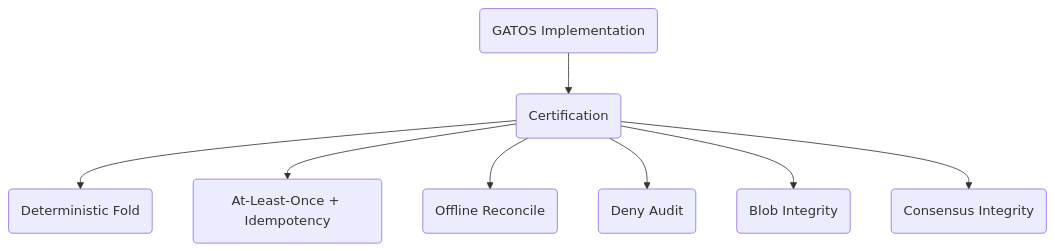
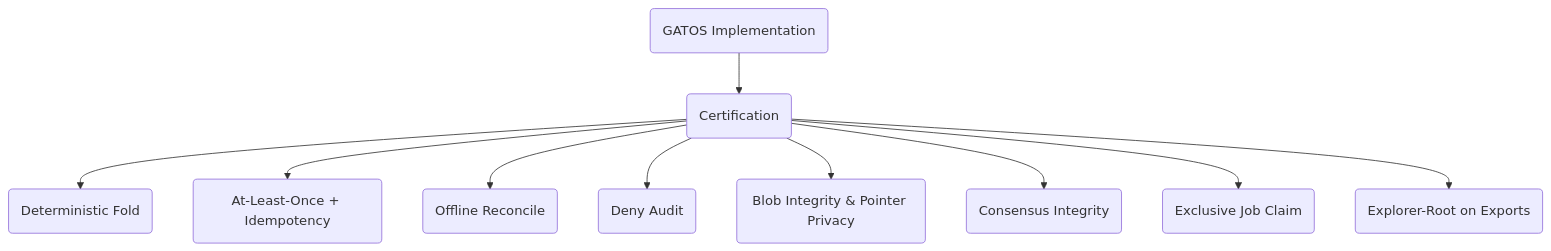
One commit to flyingrobots/gatos changed diagram 17 of 21 in docs/SPEC.md. Above: the diagram before and after it, drawn with Mermaid. The commit also changed other lines of this file and 2 other files, not shown here.

Commit message:
docs(diagrams): canonicalize architecture diagrams — Ledger → Policy/Trust → State → Message → Job; switch CLI labels to 'git gatos (CLI)'

````diff
--- a/docs/SPEC.md
+++ b/docs/SPEC.md
@@ -622,10 +622,12 @@
 ```mermaid
 graph TD
     A(GATOS Implementation) --> B(Certification);
     B --> C(Deterministic Fold);
     B --> D(At-Least-Once + Idempotency);
     B --> E(Offline Reconcile);
     B --> F(Deny Audit);
-    B --> G(Blob Integrity);
+    B --> G(Blob Integrity & Pointer Privacy);
     B --> H(Consensus Integrity);
+    B --> I(Exclusive Job Claim);
+    B --> J(Explorer-Root on Exports);
 ```
````
